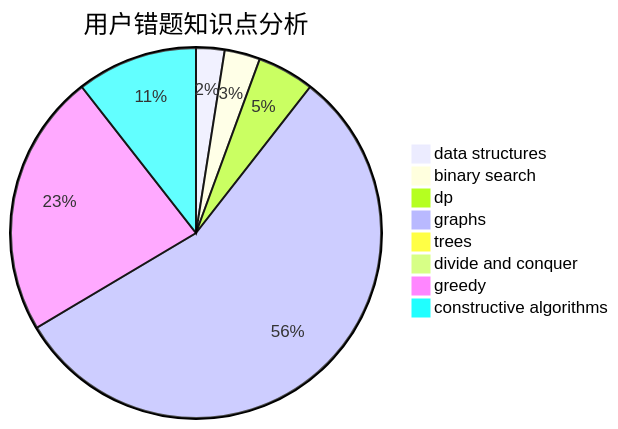
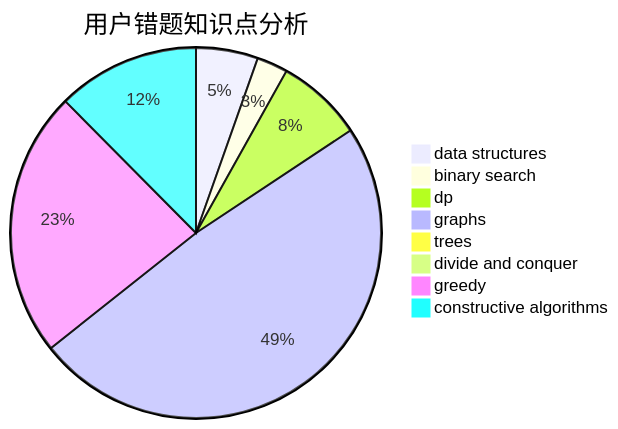
One commit to sherpahu/cfrs.github.io changed the third of 3 diagrams in docs/user/u1003.md. Above: the diagram before and after it, drawn with Mermaid. The commit also changed other lines of this file and 2770 other files, not shown here.

````diff
--- a/docs/user/u1003.md
+++ b/docs/user/u1003.md
@@ -36,11 +36,11 @@
 ```mermaid
 pie title 用户错题知识点分析
-    "data structures" :  4
+    "data structures" :  10
     "binary search" :  5
-    "dp" :  8
+    "dp" :  14
     "graphs" :  90
     "trees" :  0
     "divide and conquer" :  0
-    "greedy" :  37
-    "constructive algorithms" :  17
+    "greedy" :  43
+    "constructive algorithms" :  23
 ```
````
